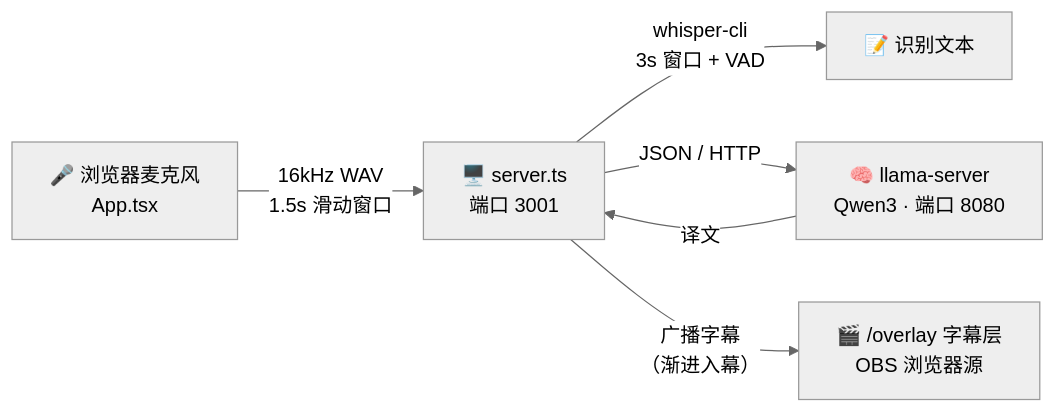
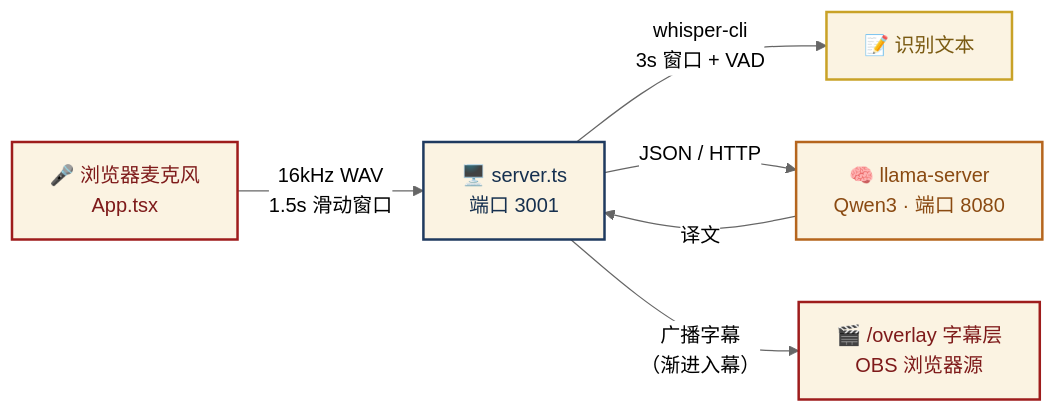
Before and after one commit to sunnnnnshineeee-bit/live-translator: the diagram in README.md, drawn with Mermaid (neutral theme). The commit also changed other lines of this file and 2 other files, not shown here.

````diff
--- a/README.md
+++ b/README.md
@@ -43,8 +49,18 @@
 ```mermaid
 flowchart LR
     A["🎤 浏览器麦克风<br/>App.tsx"] -- "16kHz WAV<br/>1.5s 滑动窗口" --> B["🖥️ server.ts<br/>端口 3001"]
     B -- "whisper-cli<br/>3s 窗口 + VAD" --> C["📝 识别文本"]
     B -- "JSON / HTTP" --> D["🧠 llama-server<br/>Qwen3 · 端口 8080"]
     D -- "译文" --> B
     B -- "广播字幕<br/>（渐进入幕）" --> E["🎬 /overlay 字幕层<br/>OBS 浏览器源"]
+    classDef mic fill:#FBF3E2,stroke:#9E1C1C,color:#7E1A1A,stroke-width:2px
+    classDef srv fill:#FBF3E2,stroke:#1F3A5F,color:#16304F,stroke-width:2px
+    classDef txt fill:#FBF3E2,stroke:#C9A227,color:#7A5A12,stroke-width:2px
+    classDef qw fill:#FBF3E2,stroke:#B5651D,color:#8A4A12,stroke-width:2px
+    classDef ov fill:#FBF3E2,stroke:#9E1C1C,color:#7E1A1A,stroke-width:2px
+    class A mic
+    class B srv
+    class C txt
+    class D qw
+    class E ov
 ```
````
